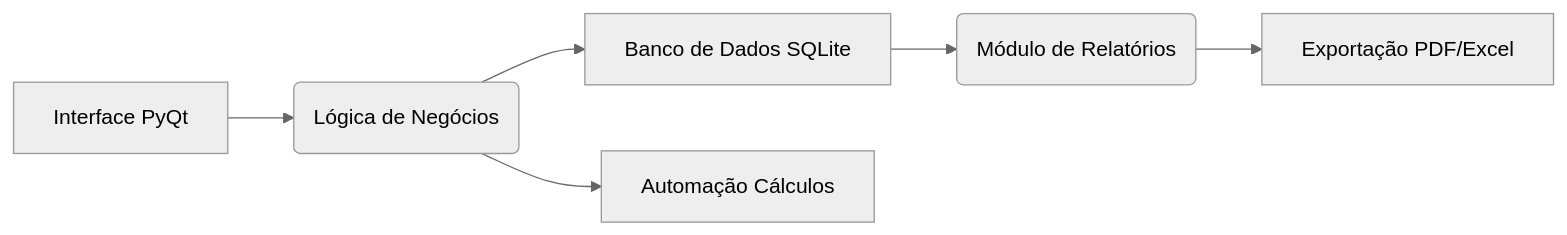
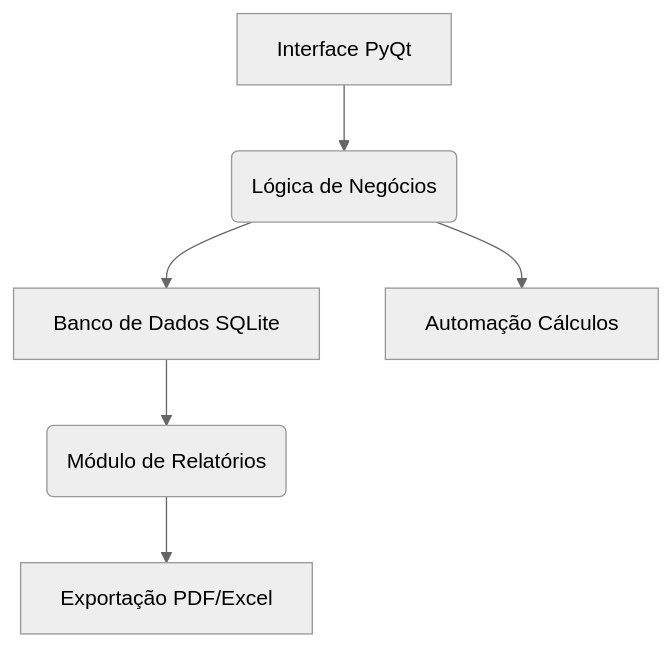
The diagram in README.md (WendersonPLopes/Wenderson_Lopes), drawn with Mermaid (neutral theme) before and after one commit.

````diff
--- a/README.md
+++ b/README.md
@@ -53,8 +53,8 @@
 ```mermaid
-graph LR
+graph TD
     A[Interface PyQt] --> B(Lógica de Negócios)
     B --> C[Banco de Dados SQLite]
     C --> D(Módulo de Relatórios)
     D --> E[Exportação PDF/Excel]
     B --> F[Automação Cálculos]
 ```
````
